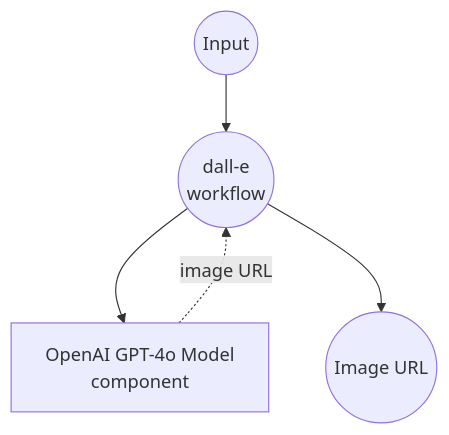
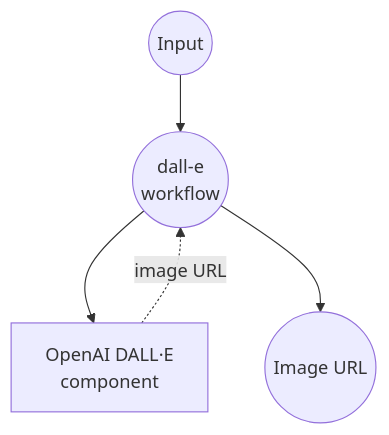
Before and after one commit to hanyeol/model-compose: the first of 2 diagrams in examples/openai-image-generations/README.md, drawn with Mermaid. The commit also changed other lines of this file and 21 other files, not shown here.

````diff
--- a/examples/openai-image-generations/README.md
+++ b/examples/openai-image-generations/README.md
@@ -115,16 +115,16 @@
 ```mermaid
 graph TD
     %% Default job (implicit)
     J1((dall-e<br/>workflow))
 
     %% Component
-    C1[OpenAI GPT-4o Model<br/>component]
+    C1[OpenAI DALL·E<br/>component]
 
     %% Job to component connections
     J1 --> C1
     C1 -.-> |image URL| J1
 
     %% Input/Output
     Input((Input)) --> J1
     J1 --> Output((Image URL))
 ```
````
